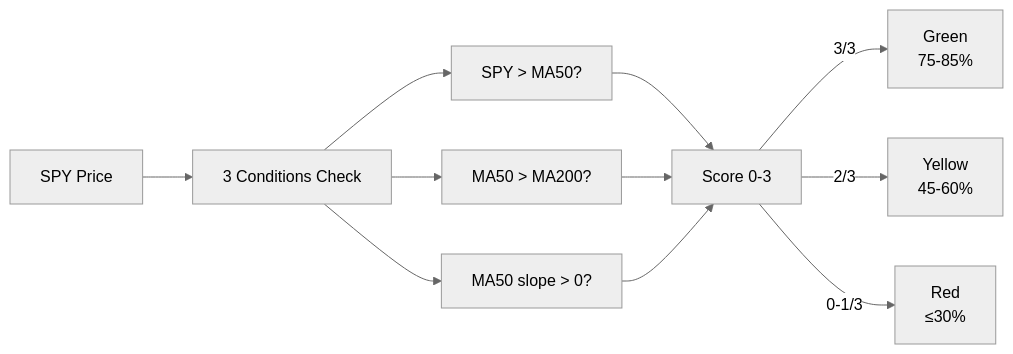
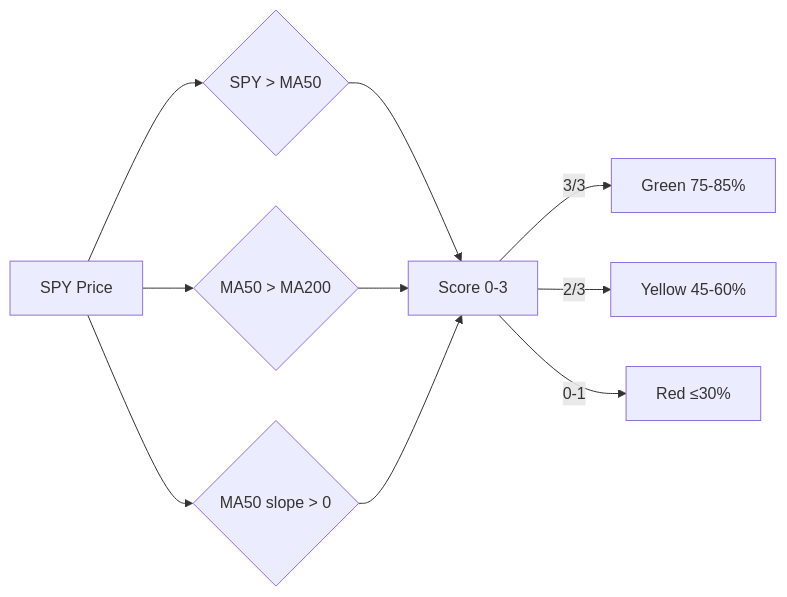
Before and after one commit to Guojc-source/Stock_Monitor: the third of 4 diagrams in README.md, drawn with Mermaid. The commit also changed other lines of this file, not shown here.

Commit message:
style: neutral theme for mermaid diagrams, simplify architecture flowchart

````diff
--- a/README.md
+++ b/README.md
@@ -141,14 +102,12 @@
 ```mermaid
-%%{init: {'theme':'neutral'}}%%
 flowchart LR
-    SPY["SPY Price"] --> CHECK["3 Conditions Check"]
-    CHECK --> C1["SPY > MA50?"]
-    CHECK --> C2["MA50 > MA200?"]
-    CHECK --> C3["MA50 slope > 0?"]
-    C1 --> SCORE["Score 0-3"]
-    C2 --> SCORE
-    C3 --> SCORE
-    SCORE --> |"3/3"| G["Green\n75-85%"]
-    SCORE --> |"2/3"| Y["Yellow\n45-60%"]
-    SCORE --> |"0-1/3"| R["Red\n≤30%"]
+    SPY["SPY Price"] --> C1{"SPY > MA50"}
+    SPY --> C2{"MA50 > MA200"}
+    SPY --> C3{"MA50 slope > 0"}
+    C1 --> S["Score 0-3"]
+    C2 --> S
+    C3 --> S
+    S --> |"3/3"| G["Green 75-85%"]
+    S --> |"2/3"| Y["Yellow 45-60%"]
+    S --> |"0-1"| R["Red ≤30%"]
 ```
````
